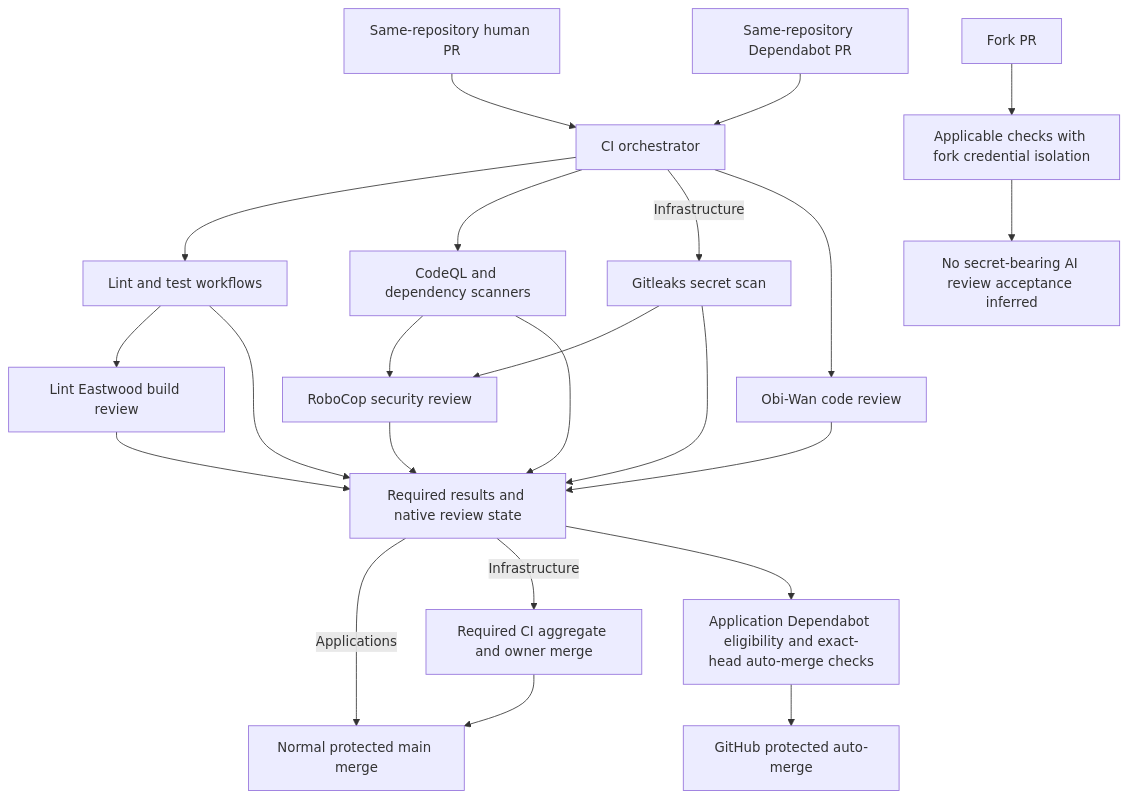
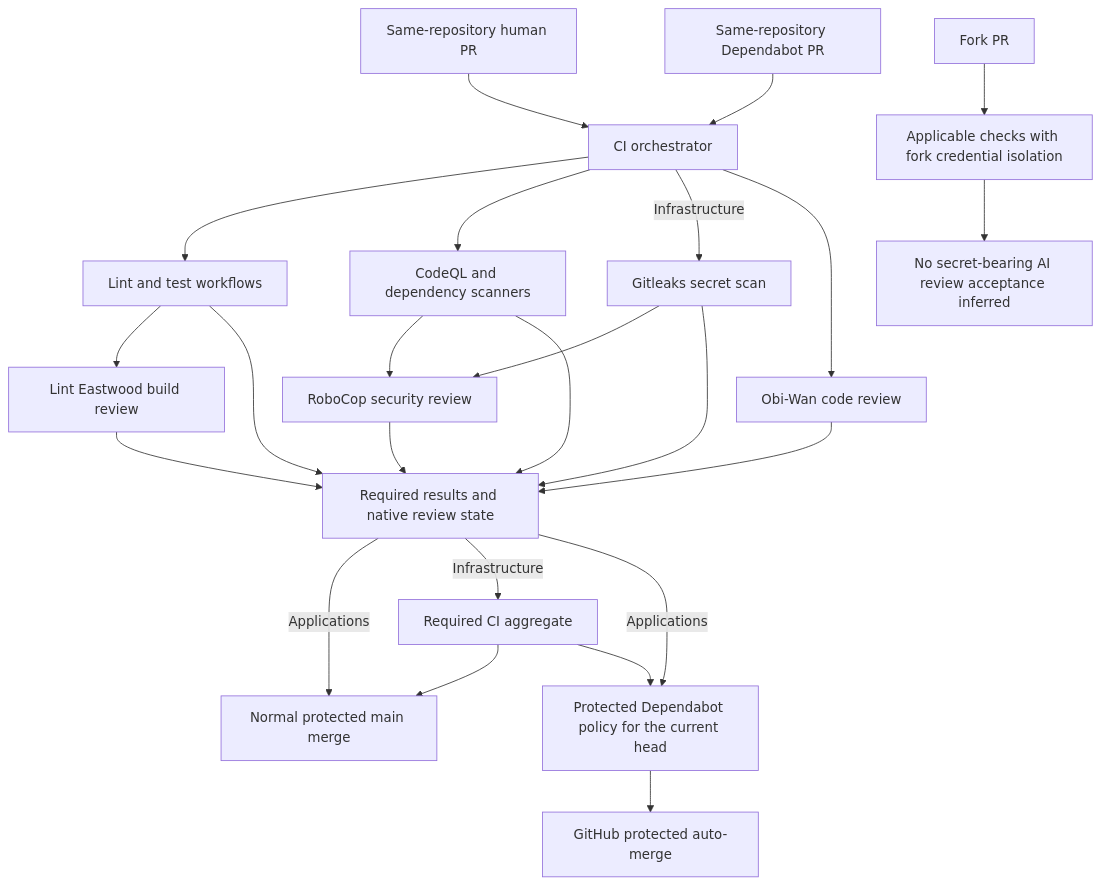
The first of 4 diagrams in .github/workflows/README.md (VanillaIceCube/JudeAndrewAlabaInfrastructure), drawn with Mermaid before and after one commit. The commit also changed other lines of this file and 7 other files, not shown here.

Commit message:
Record the owner-approved Dependabot exception and staged activation

````diff
--- a/.github/workflows/README.md
+++ b/.github/workflows/README.md
@@ -410,25 +433,26 @@
 ```mermaid
 flowchart TD
   Human[Same-repository human PR] --> CI[CI orchestrator]
   Dependabot[Same-repository Dependabot PR] --> CI
   Fork[Fork PR] --> Isolated[Applicable checks with fork credential isolation]
   CI --> LintTest[Lint and test workflows]
   CI --> Scanners[CodeQL and dependency scanners]
   CI -->|Infrastructure| Secrets[Gitleaks secret scan]
   Secrets --> Robo
   Secrets --> Gate
   CI --> Obi[Obi-Wan code review]
   LintTest --> Lint[Lint Eastwood build review]
   Scanners --> Robo[RoboCop security review]
   Obi --> Gate[Required results and native review state]
   Lint --> Gate
   Robo --> Gate
   LintTest --> Gate
   Scanners --> Gate
   Isolated --> ForkEvidence[No secret-bearing AI review acceptance inferred]
   Gate -->|Applications| Main[Normal protected main merge]
-  Gate -->|Infrastructure| RequiredCI[Required CI aggregate and owner merge]
+  Gate -->|Infrastructure| RequiredCI[Required CI aggregate]
   RequiredCI --> Main
-  Gate --> Auto[Application Dependabot eligibility and exact-head auto-merge checks]
+  Gate -->|Applications| Auto[Protected Dependabot policy for the current head]
+  RequiredCI --> Auto
   Auto --> Platform[GitHub protected auto-merge]
 ```
````
